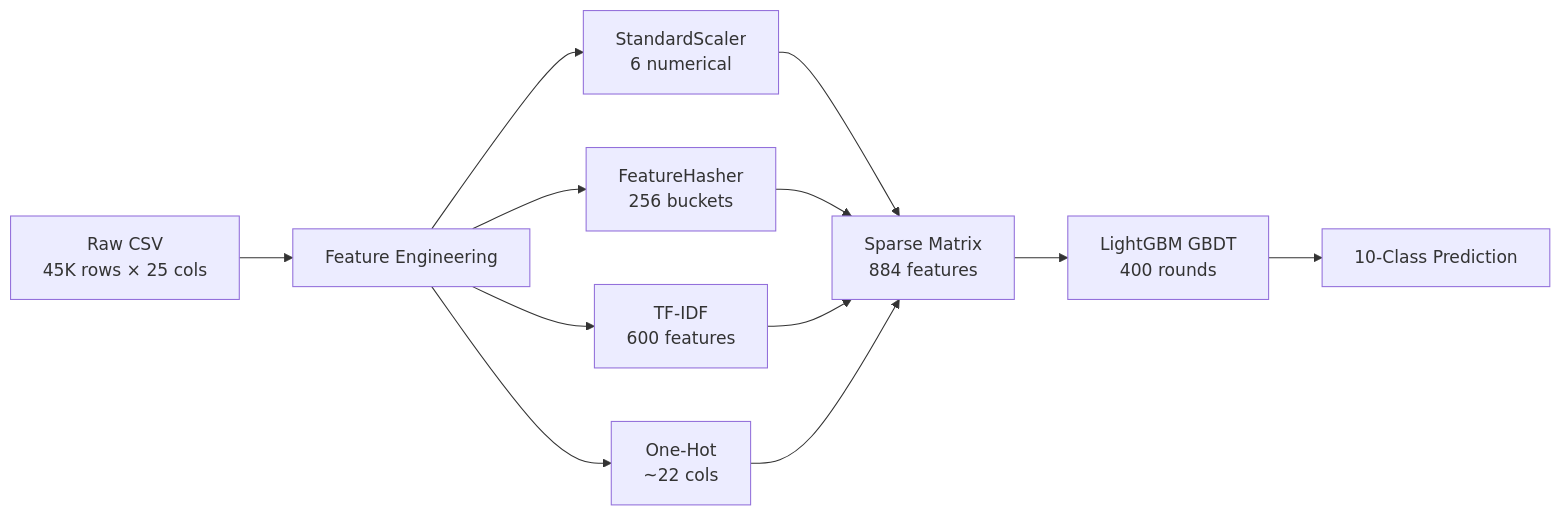
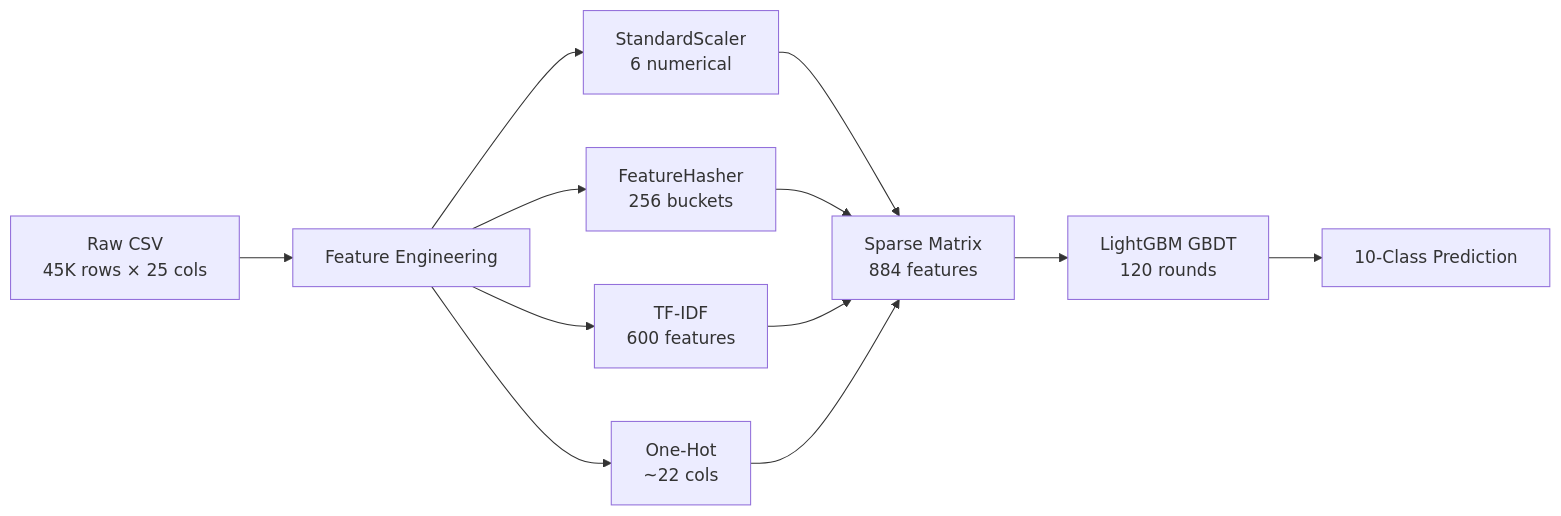
Before and after one commit to Anbu-00001/Sentinel-AIOps: the second of 4 diagrams in SYSTEM_DESIGN.md, drawn with Mermaid. The commit also changed other lines of this file and 3 other files, not shown here.

````diff
--- a/SYSTEM_DESIGN.md
+++ b/SYSTEM_DESIGN.md
@@ -79,11 +79,11 @@
 ```mermaid
 flowchart LR
     RAW["Raw CSV\n45K rows × 25 cols"] --> FE["Feature Engineering"]
     FE --> NUM["StandardScaler\n6 numerical"]
     FE --> HASH["FeatureHasher\n256 buckets"]
     FE --> TFIDF["TF-IDF\n600 features"]
     FE --> DUMMY["One-Hot\n~22 cols"]
     NUM & HASH & TFIDF & DUMMY --> MAT["Sparse Matrix\n884 features"]
-    MAT --> LGBM["LightGBM GBDT\n400 rounds"]
+    MAT --> LGBM["LightGBM GBDT\n120 rounds"]
     LGBM --> PRED["10-Class Prediction"]
 ```
````
